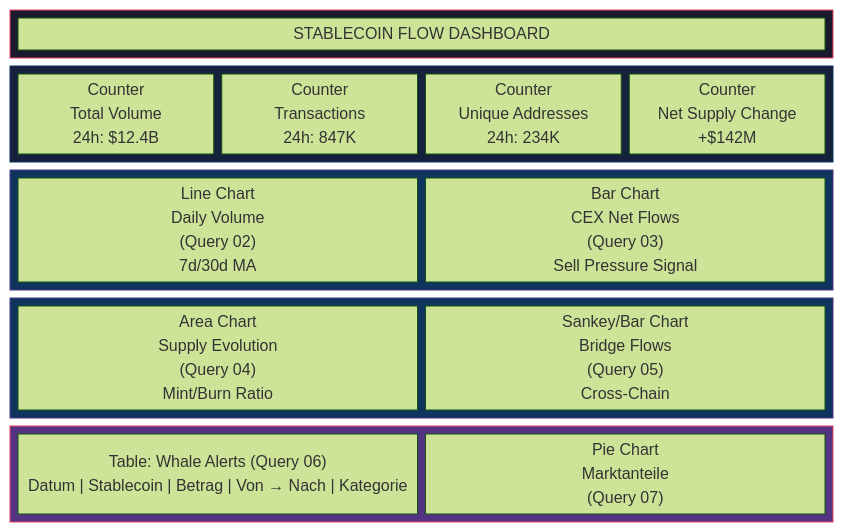
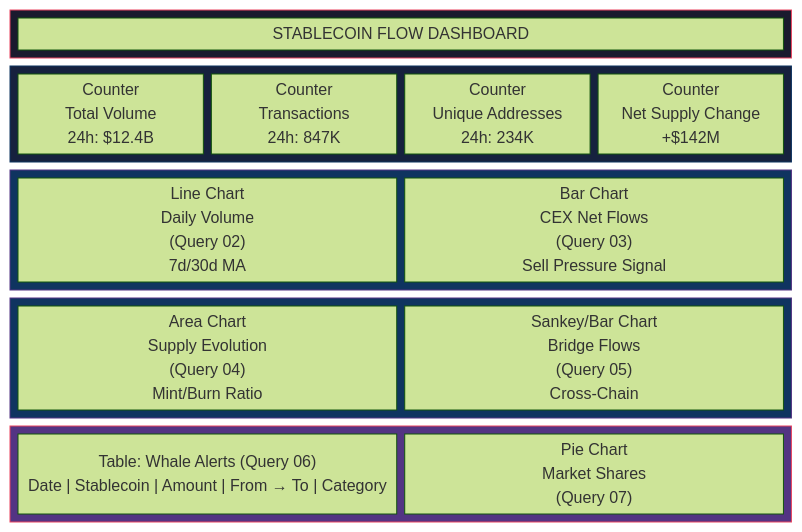
One commit to gelatotrade/Dune-Analytics changed the second of 7 diagrams in README.md. Above: the diagram before and after it, drawn with Mermaid (forest theme). The commit also changed other lines of this file, not shown here.

````diff
--- a/README.md
+++ b/README.md
@@ -91,41 +91,41 @@
 ```mermaid
 block-beta
     columns 4
 
     block:header:4
         title["STABLECOIN FLOW DASHBOARD"]
     end
 
     block:kpis:4
         kpi1["Counter\nTotal Volume\n24h: $12.4B"]
         kpi2["Counter\nTransactions\n24h: 847K"]
         kpi3["Counter\nUnique Addresses\n24h: 234K"]
         kpi4["Counter\nNet Supply Change\n+$142M"]
     end
 
     block:charts1:4
         vol["Line Chart\nDaily Volume\n(Query 02)\n7d/30d MA"]
         vol:2
         cex["Bar Chart\nCEX Net Flows\n(Query 03)\nSell Pressure Signal"]
         cex:2
     end
 
     block:charts2:4
         supply["Area Chart\nSupply Evolution\n(Query 04)\nMint/Burn Ratio"]
         supply:2
         bridge["Sankey/Bar Chart\nBridge Flows\n(Query 05)\nCross-Chain"]
         bridge:2
     end
 
     block:tables:4
-        whale["Table: Whale Alerts (Query 06)\nDatum | Stablecoin | Betrag | Von → Nach | Kategorie"]
+        whale["Table: Whale Alerts (Query 06)\nDate | Stablecoin | Amount | From → To | Category"]
         whale:3
-        share["Pie Chart\nMarktanteile\n(Query 07)"]
+        share["Pie Chart\nMarket Shares\n(Query 07)"]
     end
 
     style header fill:#1a1a2e,stroke:#e94560,color:#fff
     style kpis fill:#16213e,stroke:#0f3460,color:#fff
     style charts1 fill:#0f3460,stroke:#533483,color:#fff
     style charts2 fill:#0f3460,stroke:#533483,color:#fff
     style tables fill:#533483,stroke:#e94560,color:#fff
 ```
````
